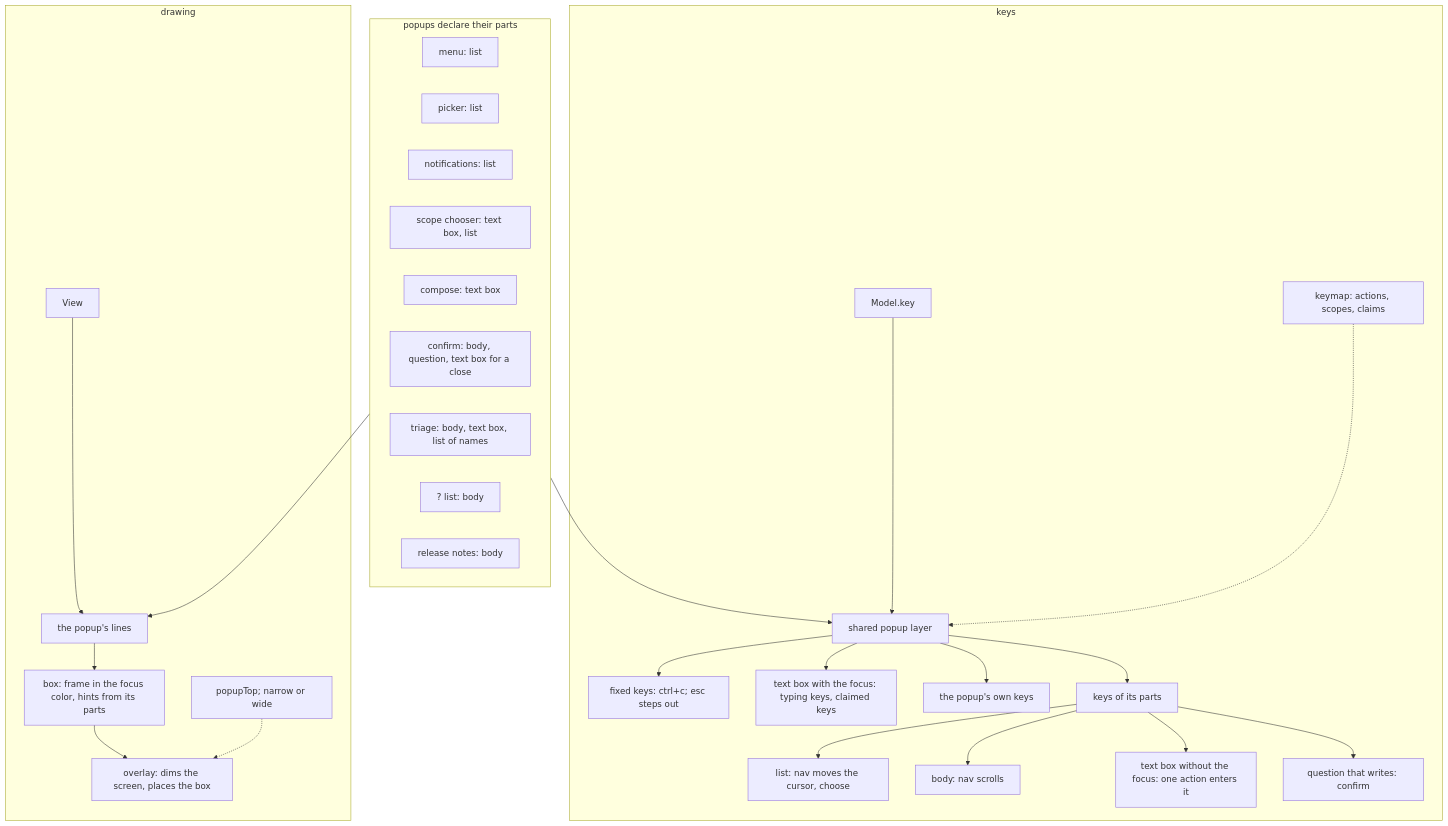
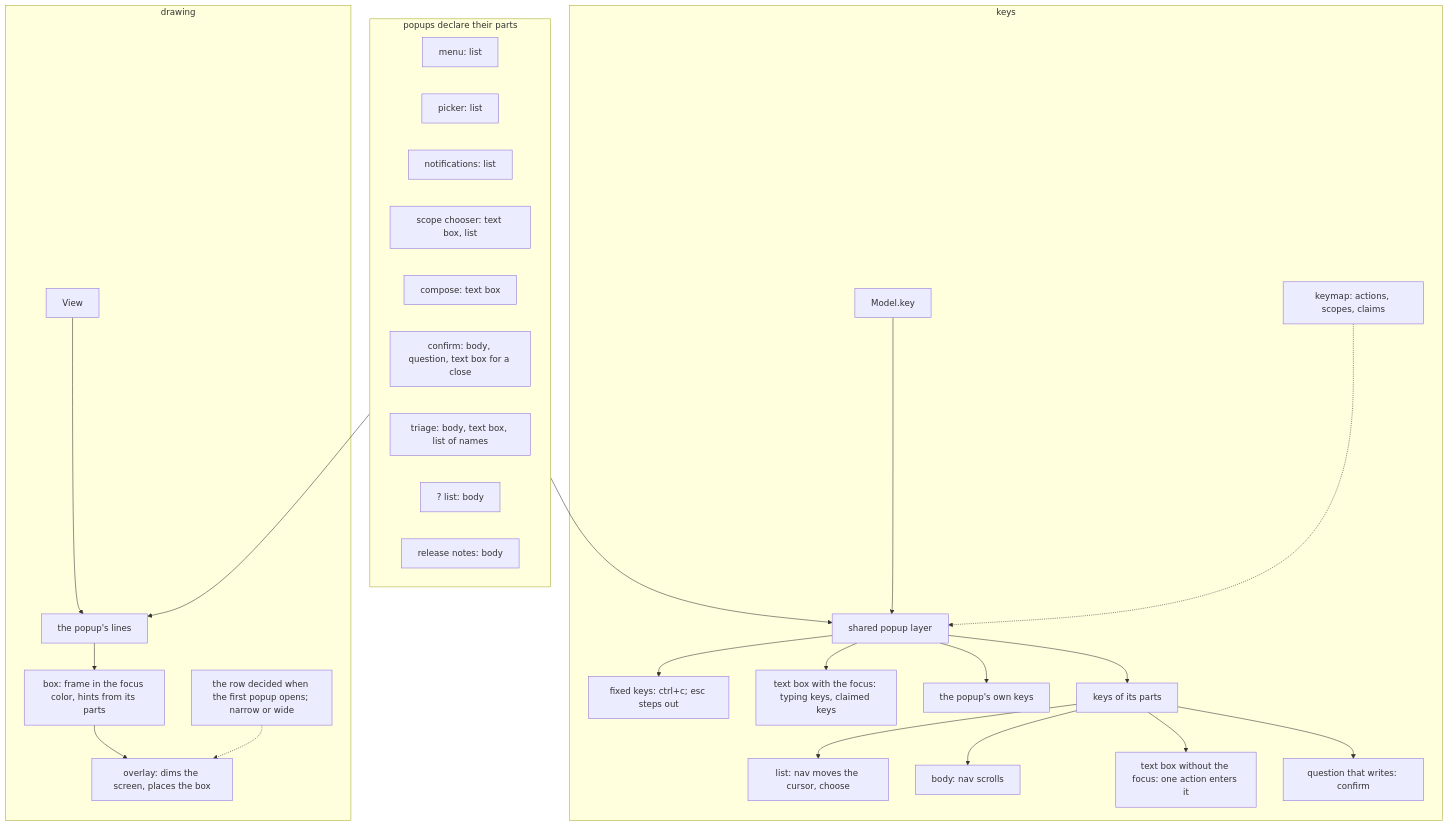
One commit to babarot/gh-desk changed the diagram in docs/design/popups.md. Above: the diagram before and after it, drawn with Mermaid. The commit also changed other lines of this file and 24 other files, not shown here.

````diff
--- a/docs/design/popups.md
+++ b/docs/design/popups.md
@@ -65,37 +67,37 @@
 ```mermaid
 flowchart TB
   subgraph keys["keys"]
     K["Model.key"] --> L["shared popup layer"]
     L --> F["fixed keys: ctrl+c; esc steps out"]
     L --> TX["text box with the focus: typing keys, claimed keys"]
     L --> OWN["the popup's own keys"]
     L --> PARTS["keys of its parts"]
     PARTS --> LIST["list: nav moves the cursor, choose"]
     PARTS --> BODY["body: nav scrolls"]
     PARTS --> ENTER["text box without the focus: one action enters it"]
     PARTS --> ASK["question that writes: confirm"]
     KM["keymap: actions, scopes, claims"] -.-> L
   end
 
   subgraph popups["popups declare their parts"]
     P1["menu: list"]
     P2["picker: list"]
     P3["notifications: list"]
     P4["scope chooser: text box, list"]
     P5["compose: text box"]
     P6["confirm: body, question, text box for a close"]
     P7["triage: body, text box, list of names"]
     P8["? list: body"]
     P9["release notes: body"]
   end
 
   subgraph draw["drawing"]
     V["View"] --> R["the popup's lines"]
     R --> B["box: frame in the focus color, hints from its parts"]
     B --> O["overlay: dims the screen, places the box"]
-    PL["popupTop; narrow or wide"] -.-> O
+    PL["the row decided when the first popup opens; narrow or wide"] -.-> O
   end
 
   popups --> L
   popups --> R
 ```
````
